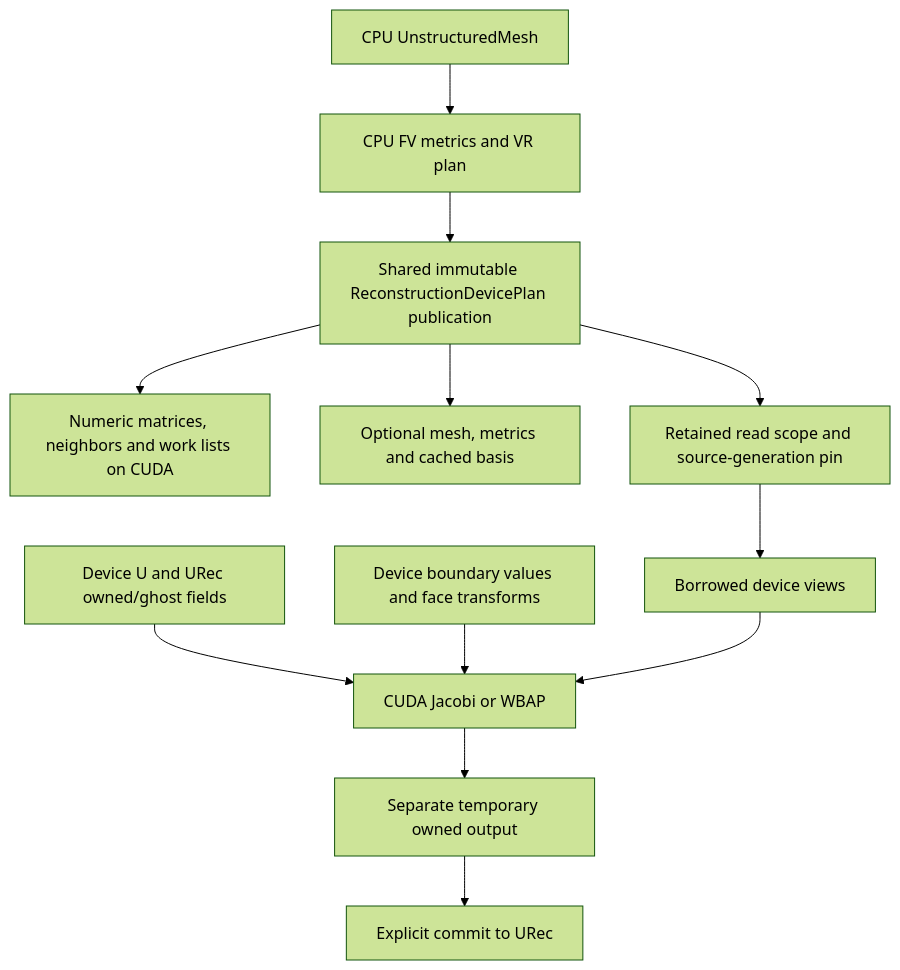
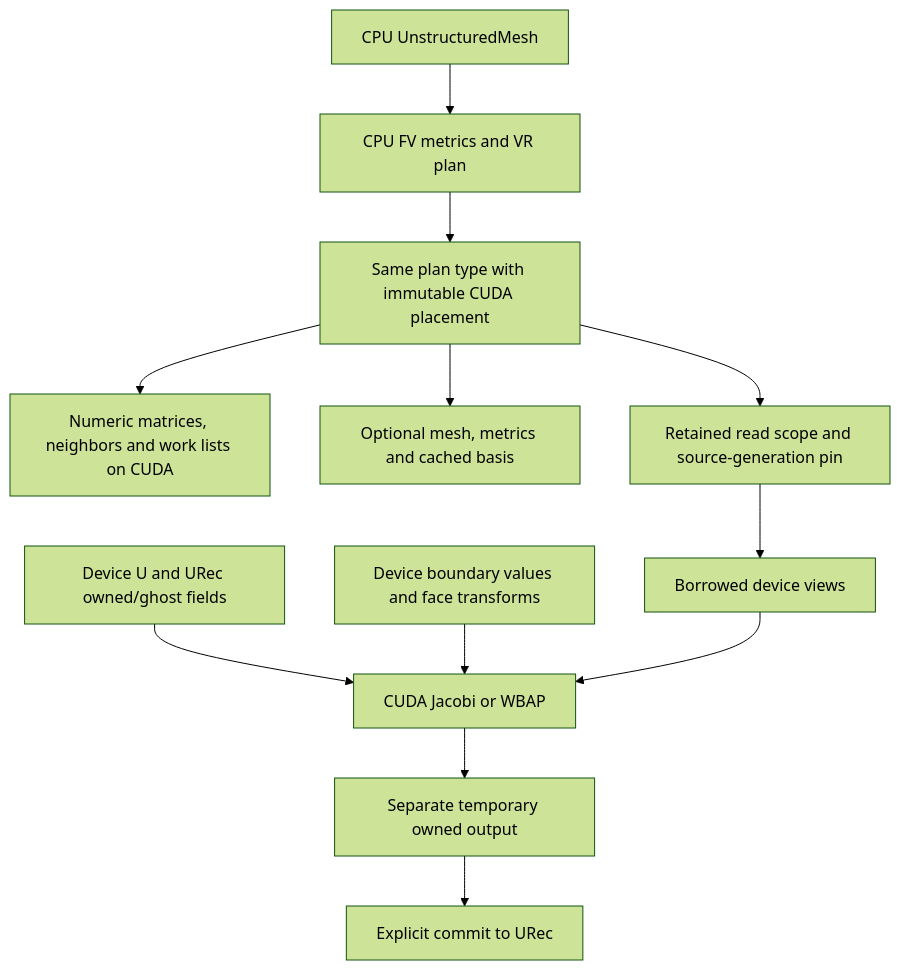
The diagram in docs/architecture/DeviceReconstruction.md (harryzhou2000/DNDSR), drawn with Mermaid (forest theme) before and after one commit. The commit also changed other lines of this file and 83 other files, not shown here.

````diff
--- a/docs/architecture/DeviceReconstruction.md
+++ b/docs/architecture/DeviceReconstruction.md
@@ -8,14 +10,14 @@
 ```mermaid
 flowchart TD
     M[CPU UnstructuredMesh] --> F[CPU FV metrics and VR plan]
-    F --> P[Shared immutable ReconstructionDevicePlan publication]
+    F --> P[Same plan type with immutable CUDA placement]
     P --> N[Numeric matrices, neighbors and work lists on CUDA]
     P --> X[Optional mesh, metrics and cached basis]
     P --> R[Retained read scope and source-generation pin]
     R --> V[Borrowed device views]
     U[Device U and URec owned/ghost fields] --> K[CUDA Jacobi or WBAP]
     B[Device boundary values and face transforms] --> K
     V --> K
     K --> T[Separate temporary owned output]
     T --> C[Explicit commit to URec]
 ```
````
